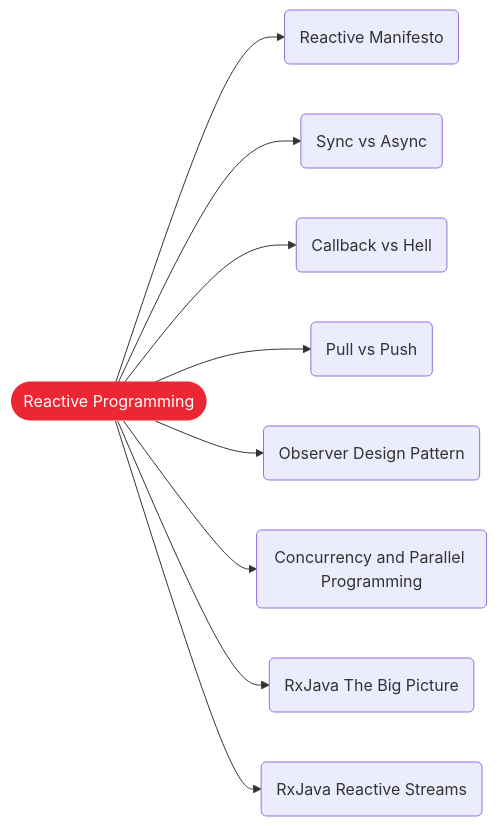
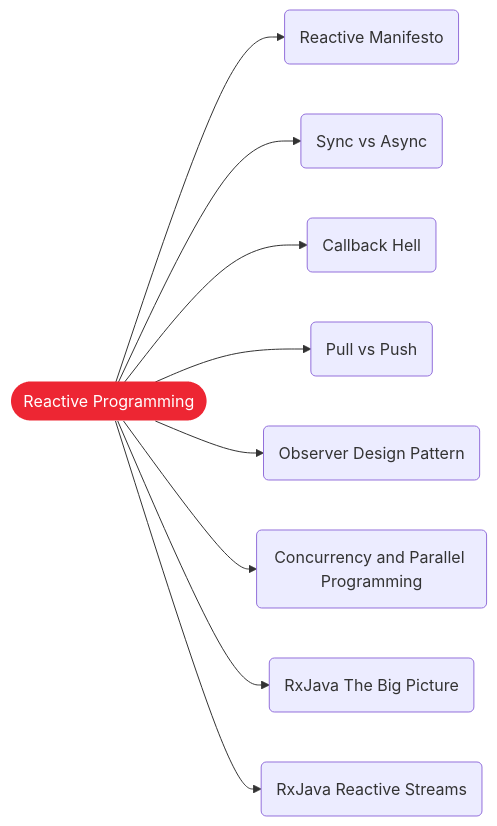
The diagram in src/main/java/com/phl/ReactiveProgrammingIntro/README.md (PhuongHoangLE/RxJava-Fun), drawn with Mermaid before and after one commit. The commit also changed 14 other files, not shown here.

````diff
--- a/src/main/java/com/phl/ReactiveProgrammingIntro/README.md
+++ b/src/main/java/com/phl/ReactiveProgrammingIntro/README.md
@@ -3,15 +3,15 @@
 ```mermaid
 graph LR
 
 classDef topic fill:#ed2633,stroke-width:0,color:#fff;
 
 A([Reactive Programming]):::topic
 A --> B(Reactive Manifesto)
 A --> C(Sync vs Async)
-A --> D(Callback vs Hell)
+A --> D(Callback Hell)
 A --> E(Pull vs Push)
 A --> F(Observer Design Pattern)
 A --> G(Concurrency and Parallel Programming)
 A --> H(RxJava The Big Picture)
 A --> I(RxJava Reactive Streams)
 ```
````
